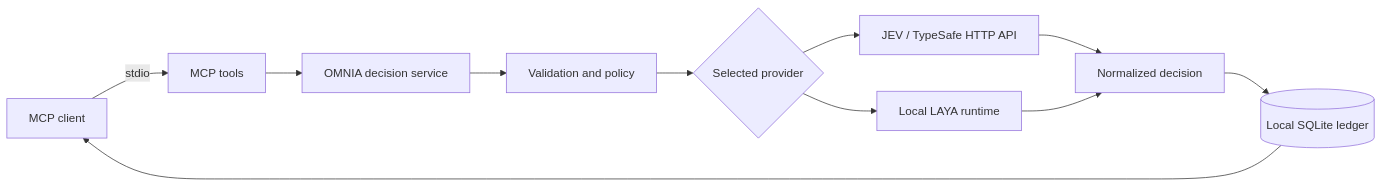
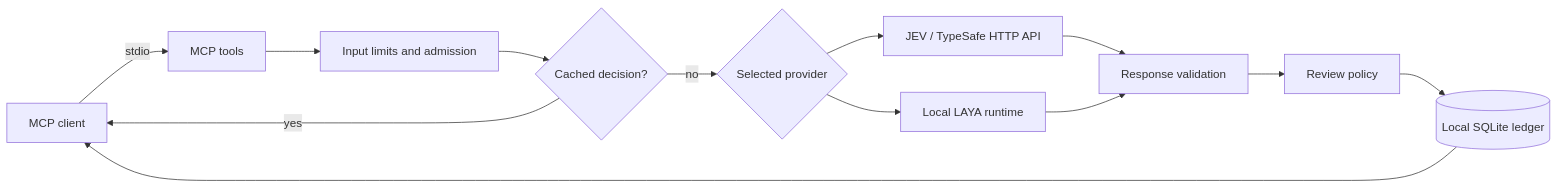
Before and after one commit to Omniaeye/omnia-mcp: the diagram in docs/architecture.md, drawn with Mermaid. The commit also changed other lines of this file and 21 other files, not shown here.

````diff
--- a/docs/architecture.md
+++ b/docs/architecture.md
@@ -5,13 +5,15 @@
 ```mermaid
 flowchart LR
     Client[MCP client] -->|stdio| Server[MCP tools]
-    Server --> Decision[OMNIA decision service]
-    Decision --> Policy[Validation and policy]
-    Policy --> Provider{Selected provider}
+    Server --> Admission[Input limits and admission]
+    Admission --> Cache{Cached decision?}
+    Cache -->|yes| Client
+    Cache -->|no| Provider{Selected provider}
     Provider --> JEV[JEV / TypeSafe HTTP API]
     Provider --> LAYA[Local LAYA runtime]
-    JEV --> Result[Normalized decision]
-    LAYA --> Result
-    Result --> Ledger[(Local SQLite ledger)]
+    JEV --> Validation[Response validation]
+    LAYA --> Validation
+    Validation --> Policy[Review policy]
+    Policy --> Ledger[(Local SQLite ledger)]
     Ledger --> Client
 ```
````
